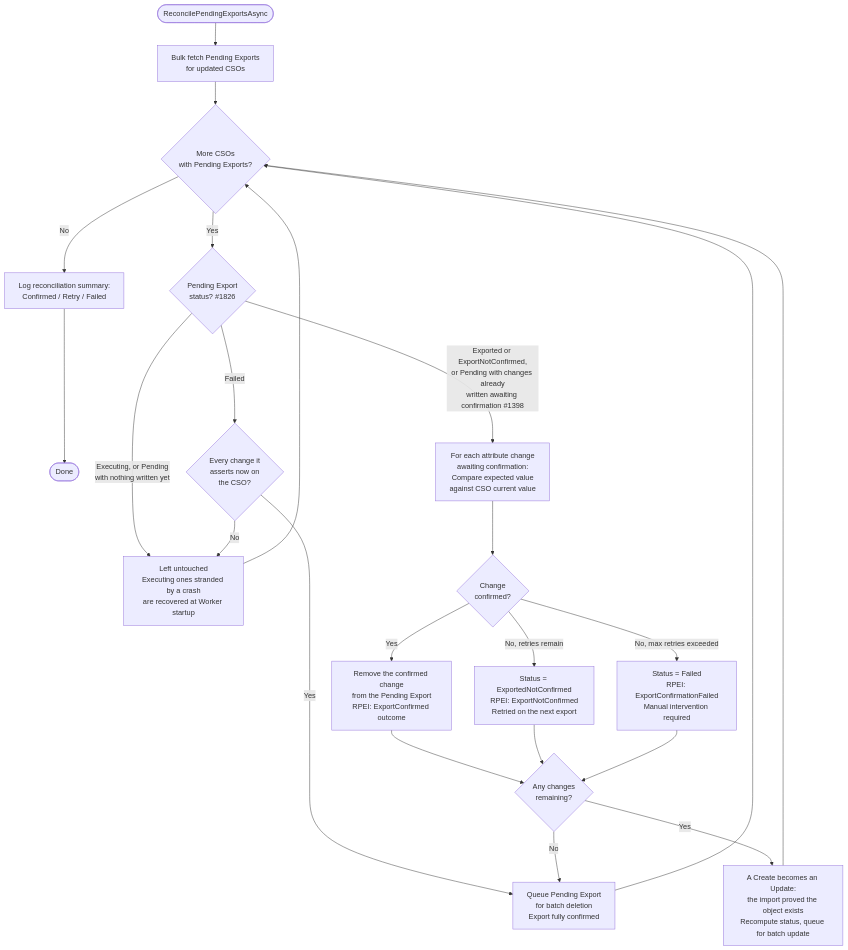
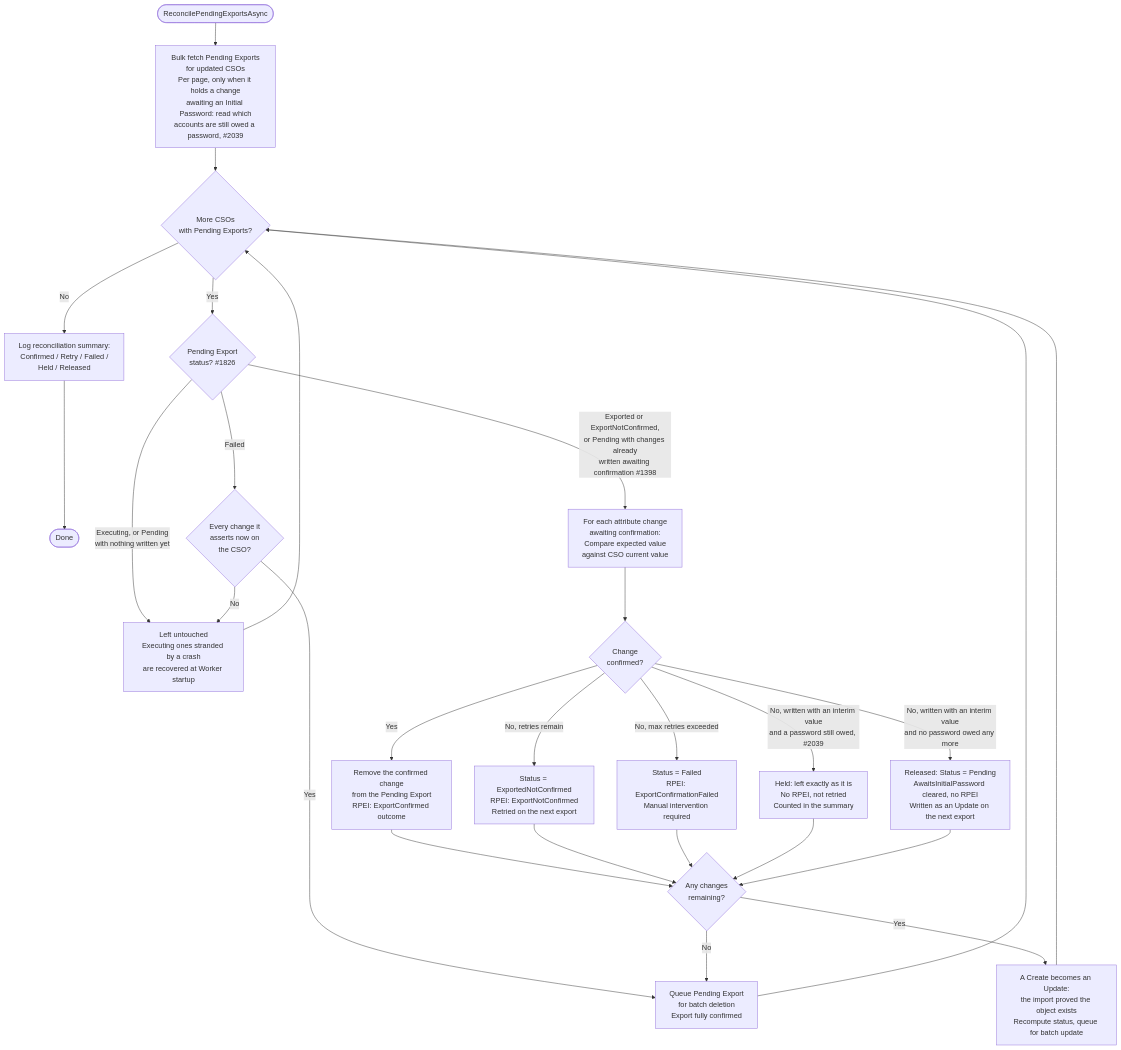
The sixth of 6 diagrams in docs/developer/diagrams/FULL_IMPORT_FLOW.md (TetronIO/JIM), drawn with Mermaid before and after one commit. The commit also changed 10 other files, not shown here.

````diff
--- a/docs/developer/diagrams/FULL_IMPORT_FLOW.md
+++ b/docs/developer/diagrams/FULL_IMPORT_FLOW.md
@@ -252,28 +252,32 @@
 ```mermaid
 flowchart TD
-    Start([ReconcilePendingExportsAsync]) --> LoadPE[Bulk fetch Pending Exports<br/>for updated CSOs]
+    Start([ReconcilePendingExportsAsync]) --> LoadPE[Bulk fetch Pending Exports<br/>for updated CSOs<br/>Per page, only when it holds a change<br/>awaiting an Initial Password: read which<br/>accounts are still owed a password, #2039]
     LoadPE --> Loop{More CSOs<br/>with Pending Exports?}
-    Loop -->|No| Summary[Log reconciliation summary:<br/>Confirmed / Retry / Failed]
+    Loop -->|No| Summary[Log reconciliation summary:<br/>Confirmed / Retry / Failed /<br/>Held / Released]
     Summary --> Done([Done])
 
     Loop -->|Yes| StatusGate{Pending Export<br/>status? #1826}
     StatusGate -->|Executing, or Pending<br/>with nothing written yet| Untouched[Left untouched<br/>Executing ones stranded by a crash<br/>are recovered at Worker startup]
     Untouched --> Loop
     StatusGate -->|Failed| FailedCheck{Every change it<br/>asserts now on<br/>the CSO?}
     FailedCheck -->|Yes| Delete
     FailedCheck -->|No| Untouched
     StatusGate -->|Exported or ExportNotConfirmed,<br/>or Pending with changes already<br/>written awaiting confirmation #1398| Compare[For each attribute change<br/>awaiting confirmation:<br/>Compare expected value<br/>against CSO current value]
     Compare --> PerChange{Change<br/>confirmed?}
     PerChange -->|Yes| RemoveConfirmed[Remove the confirmed change<br/>from the Pending Export<br/>RPEI: ExportConfirmed outcome]
     PerChange -->|No, retries remain| Retry[Status = ExportedNotConfirmed<br/>RPEI: ExportNotConfirmed<br/>Retried on the next export]
     PerChange -->|No, max retries exceeded| PermanentFail[Status = Failed<br/>RPEI: ExportConfirmationFailed<br/>Manual intervention required]
+    PerChange -->|No, written with an interim value<br/>and a password still owed, #2039| Held[Held: left exactly as it is<br/>No RPEI, not retried<br/>Counted in the summary]
+    PerChange -->|No, written with an interim value<br/>and no password owed any more| Released[Released: Status = Pending<br/>AwaitsInitialPassword cleared, no RPEI<br/>Written as an Update on the next export]
 
     RemoveConfirmed --> Remaining{Any changes<br/>remaining?}
     Retry --> Remaining
     PermanentFail --> Remaining
+    Held --> Remaining
+    Released --> Remaining
     Remaining -->|No| Delete[Queue Pending Export<br/>for batch deletion<br/>Export fully confirmed]
     Remaining -->|Yes| Update[A Create becomes an Update:<br/>the import proved the object exists<br/>Recompute status, queue for batch update]
 
     Delete --> Loop
     Update --> Loop
 ```
````
